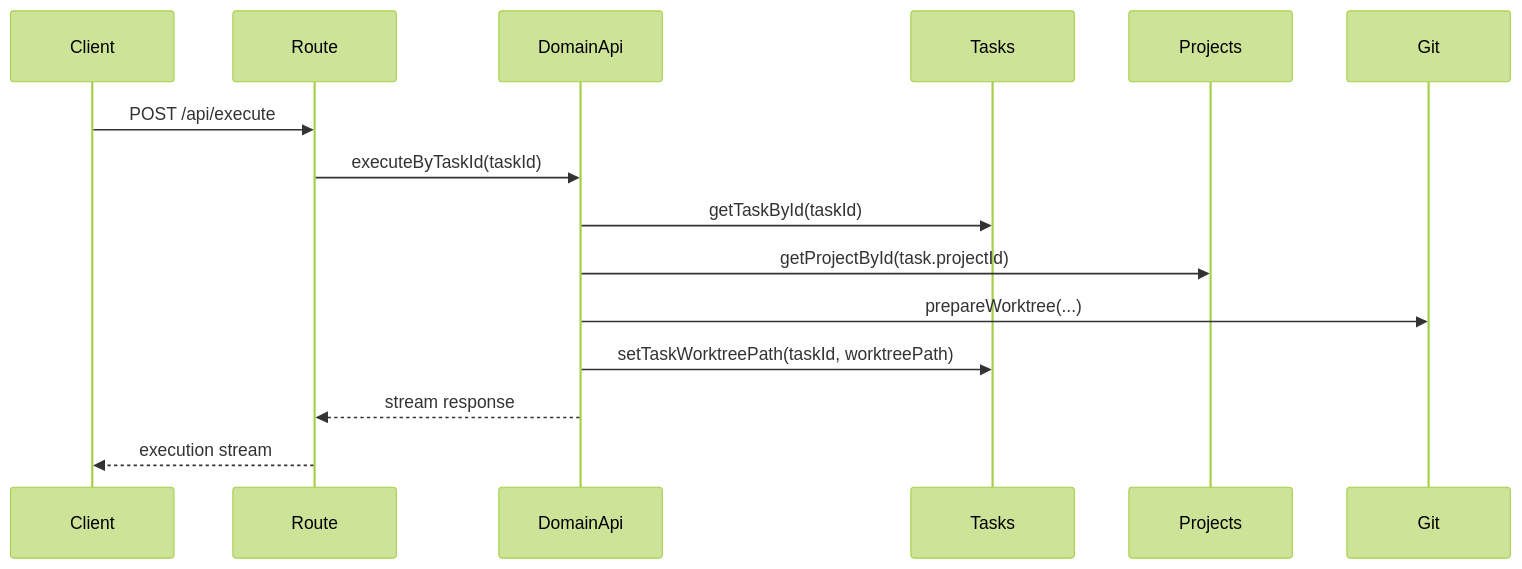
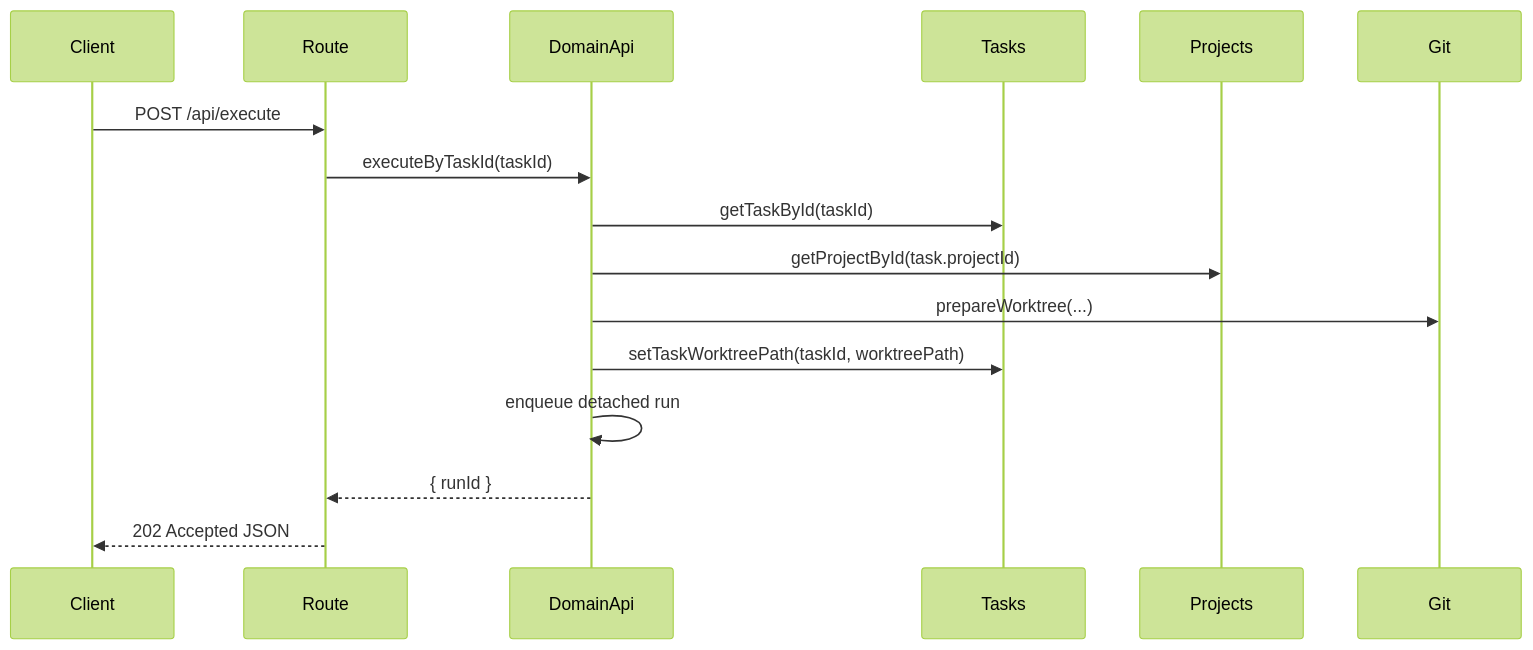
Before and after one commit to TurtleStoffel/tektite-console: the second of 7 diagrams in src/backend/domains/agents/README.md, drawn with Mermaid (forest theme). The commit also changed other lines of this file and 7 other files, not shown here.

````diff
--- a/src/backend/domains/agents/README.md
+++ b/src/backend/domains/agents/README.md
@@ -12,17 +27,18 @@
 ```mermaid
 sequenceDiagram
     participant Client
     participant Route
     participant DomainApi
     participant Tasks
     participant Projects
     participant Git
     Client->>Route: POST /api/execute
     Route->>DomainApi: executeByTaskId(taskId)
     DomainApi->>Tasks: getTaskById(taskId)
     DomainApi->>Projects: getProjectById(task.projectId)
     DomainApi->>Git: prepareWorktree(...)
     DomainApi->>Tasks: setTaskWorktreePath(taskId, worktreePath)
-    DomainApi-->>Route: stream response
-    Route-->>Client: execution stream
+    DomainApi->>DomainApi: enqueue detached run
+    DomainApi-->>Route: { runId }
+    Route-->>Client: 202 Accepted JSON
 ```
````
